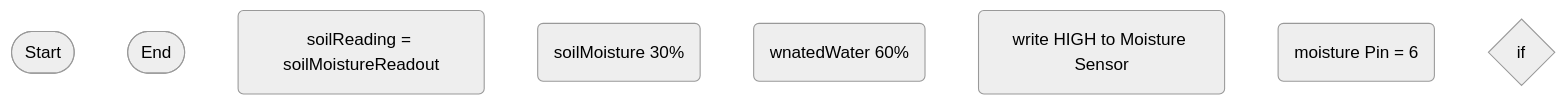
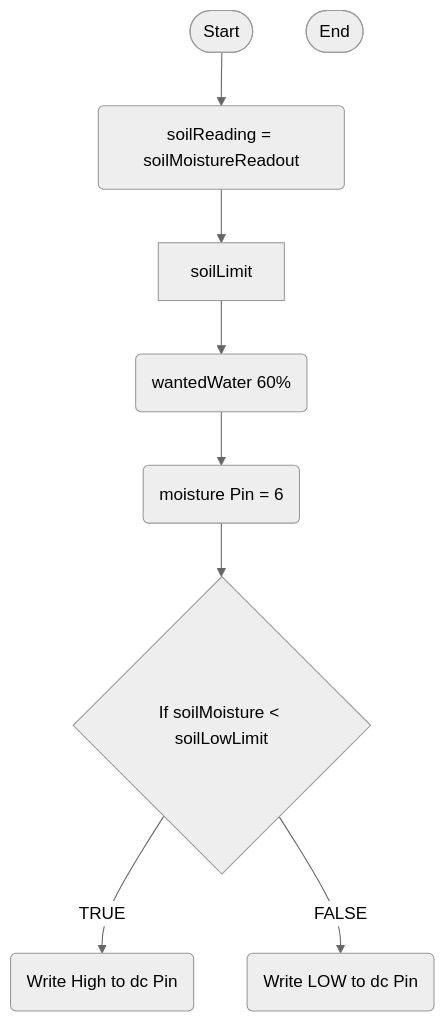
One commit to GodlyBlueDog/Automatic-GreenHouse-Person-Detection changed the second of 5 diagrams in logic.md. Above: the diagram before and after it, drawn with Mermaid (neutral theme). The commit also changed other lines of this file, not shown here.

````diff
--- a/logic.md
+++ b/logic.md
@@ -123,22 +123,34 @@
 ```mermaid
 flowchart TD
 terminalStart([Start])
 terminalEnd([End])
 
 
 soilMoistureSensor(soilReading = soilMoistureReadout)
-soilLimit(soilMoisture 30%)
-soilMoisture(wnatedWater 60%)
-activateMoistureSensor(write HIGH to Moisture Sensor)
+soilMoisture(wantedWater 60%)
 moisturePin(moisture Pin = 6)
-moistureCheck{if}
+moistureCheck{If soilMoisture < soilLowLimit}
+dcHIGH(Write High to dc Pin)
+ dcLOW(Write LOW to dc Pin)
+terminalStart --> soilMoistureSensor
+soilMoistureSensor --> soilLimit
+soilLimit --> soilMoisture
+soilMoisture --> moisturePin
+ moisturePin --> moistureCheck
+ moistureCheck --> |TRUE| dcHIGH
+  moistureCheck --> |FALSE| dcLOW
+
+
+
+
+
 
 
 
 
 
 
 
 
 
 ```
````
